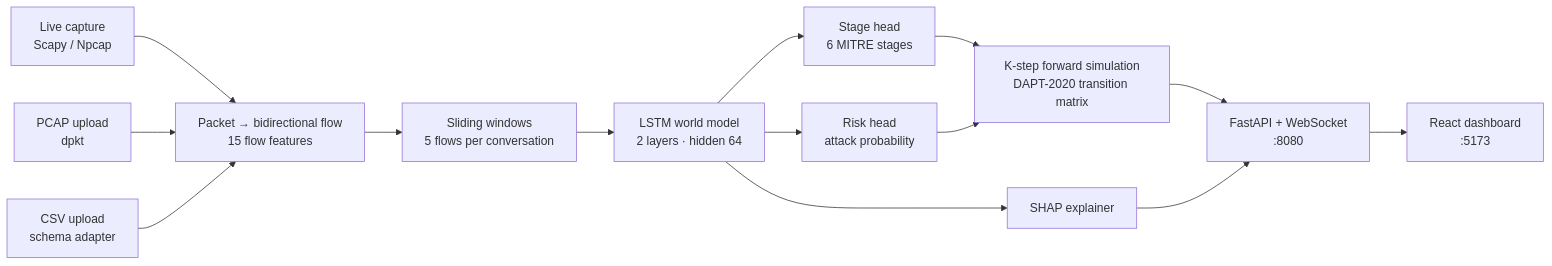
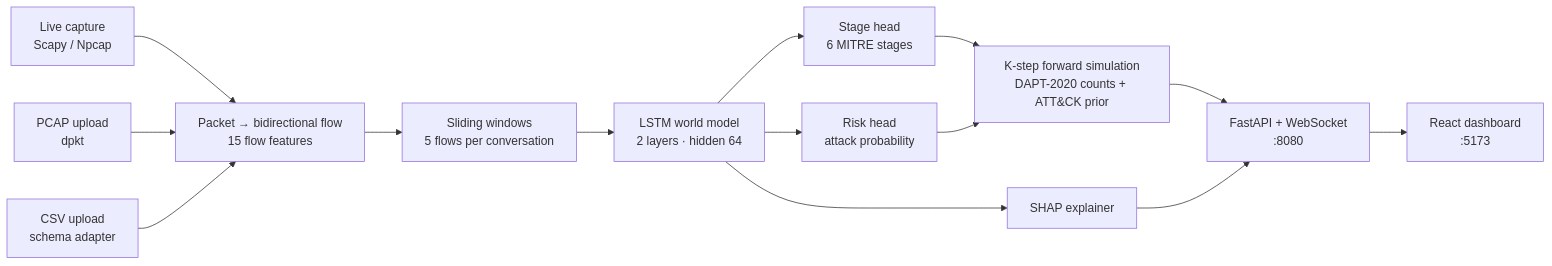
Before and after one commit to maradiadrashti/cyberforecaster: the diagram in README.md, drawn with Mermaid. The commit also changed other lines of this file and 3 other files, not shown here.

First line of the commit message:
Forecast: learned DAPT-2020 transitions + explicit MITRE ATT&CK prior

````diff
--- a/README.md
+++ b/README.md
@@ -61,16 +61,16 @@
 ```mermaid
 flowchart LR
     A[Live capture<br/>Scapy / Npcap] --> D
     B[PCAP upload<br/>dpkt] --> D
     C[CSV upload<br/>schema adapter] --> D
     D[Packet → bidirectional flow<br/>15 flow features] --> E[Sliding windows<br/>5 flows per conversation]
     E --> F[LSTM world model<br/>2 layers · hidden 64]
     F --> G[Stage head<br/>6 MITRE stages]
     F --> H[Risk head<br/>attack probability]
-    G --> I[K-step forward simulation<br/>DAPT-2020 transition matrix]
+    G --> I[K-step forward simulation<br/>DAPT-2020 counts + ATT&CK prior]
     H --> I
     F --> J[SHAP explainer]
     I --> K[FastAPI + WebSocket<br/>:8080]
     J --> K
     K --> L[React dashboard<br/>:5173]
 ```
````
